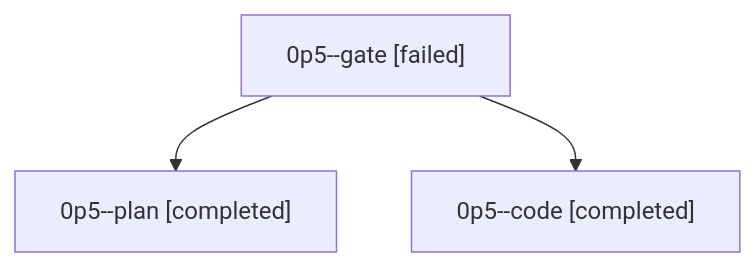
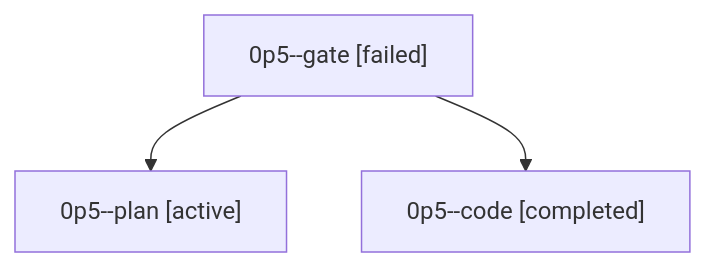
One commit to sase-org/sase--agents changed the diagram in families/bbugyi200.athena.0p5.md. Above: the diagram before and after it, drawn with Mermaid. The commit also changed other lines of this file and 35830 other files, not shown here.

````diff
--- a/families/bbugyi200.athena.0p5.md
+++ b/families/bbugyi200.athena.0p5.md
@@ -9,8 +9,8 @@
 ```mermaid
 flowchart TD
   n0["0p5--gate [failed]"]
-  n1["0p5--plan [completed]"]
+  n1["0p5--plan [active]"]
   n0 --> n1
   n2["0p5--code [completed]"]
   n0 --> n2
 ```
````
